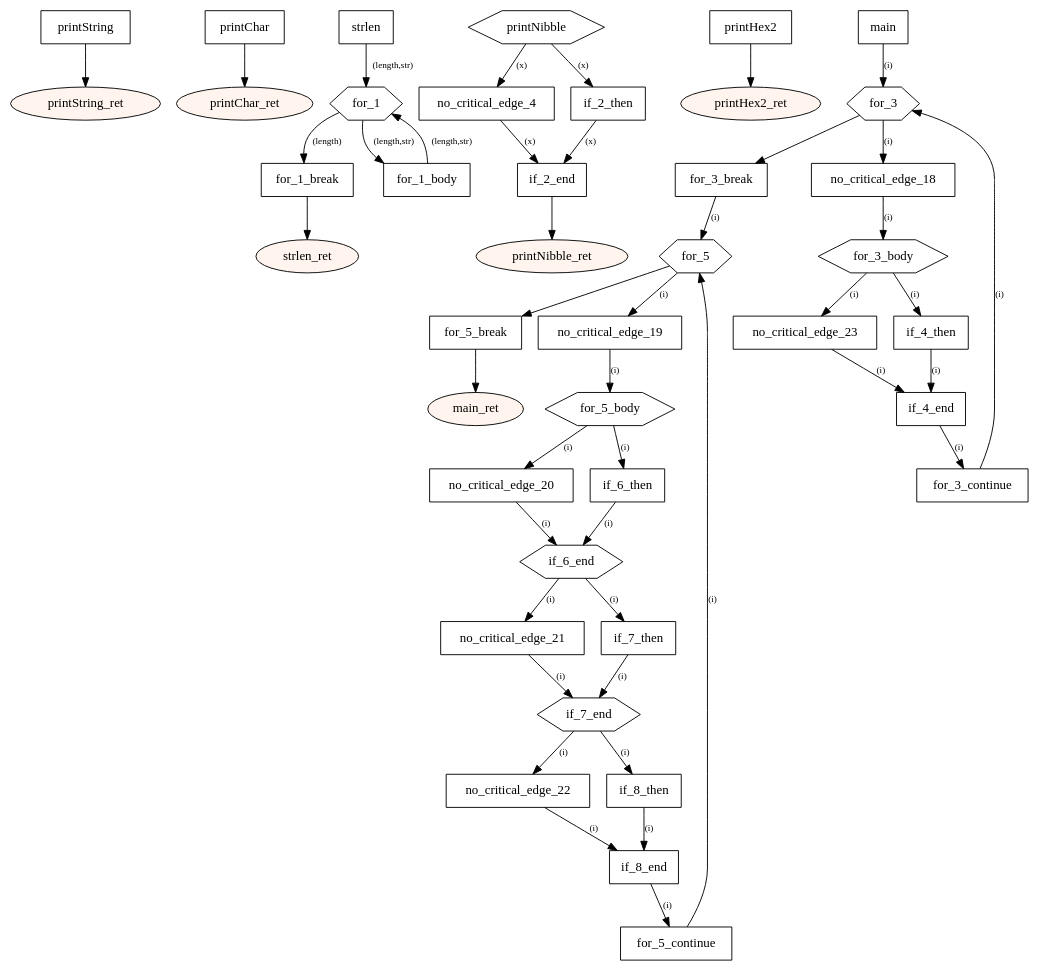
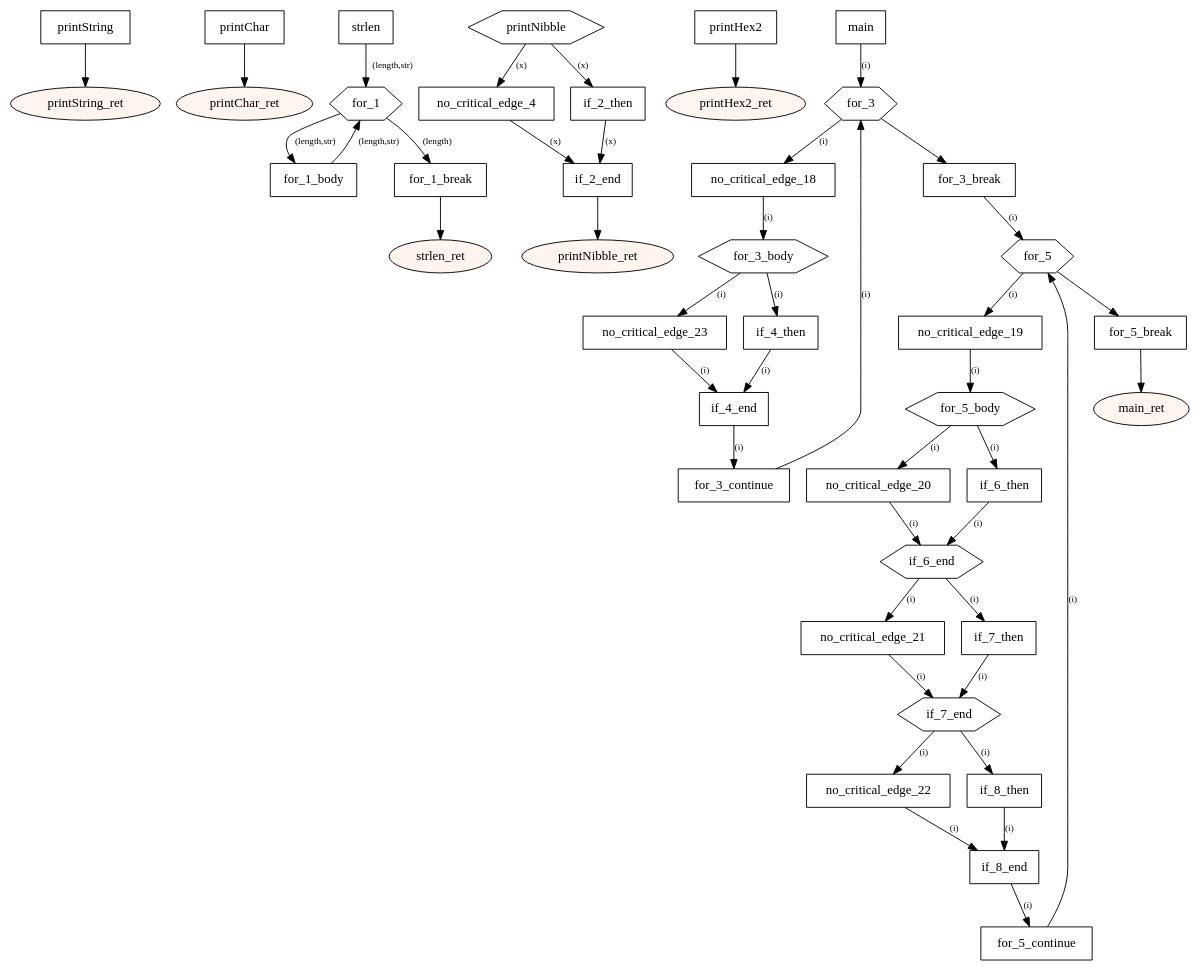
Before and after one commit to tmssngr/tinyC: the diagram in src/main/resources-test/14 print-ascii-listing.dot, drawn with Graphviz. The commit also changed other lines of this file and 63 other files, not shown here.

```diff
--- a/src/main/resources-test/14 print-ascii-listing.dot
+++ b/src/main/resources-test/14 print-ascii-listing.dot
@@ -1,97 +1,97 @@
 digraph program {
 	edge[fontsize="10pt"];
 	subgraph fn_printString {
 		BasicBlock_0_printString [label="printString",shape=box];
 		BasicBlock_0_printString -> BasicBlock_0_printString_ret;
 		BasicBlock_0_printString_ret [label="printString_ret",shape=oval,style=filled,fillcolor="#fff5ee"];
 	}
 	subgraph fn_printChar {
 		BasicBlock_1_printChar [label="printChar",shape=box];
 		BasicBlock_1_printChar -> BasicBlock_1_printChar_ret;
 		BasicBlock_1_printChar_ret [label="printChar_ret",shape=oval,style=filled,fillcolor="#fff5ee"];
 	}
 	subgraph fn_strlen {
 		BasicBlock_2_strlen [label="strlen",shape=box];
 		BasicBlock_2_strlen -> BasicBlock_2_for_1 [label="(length,str)"];
+		BasicBlock_2_for_1_body [label="for_1_body",shape=box];
+		BasicBlock_2_for_1_body -> BasicBlock_2_for_1 [label="(length,str)"];
 		BasicBlock_2_for_1 [label="for_1",shape=hexagon];
 		BasicBlock_2_for_1 -> BasicBlock_2_for_1_break [label="(length)"];
 		BasicBlock_2_for_1 -> BasicBlock_2_for_1_body [label="(length,str)"];
-		BasicBlock_2_for_1_body [label="for_1_body",shape=box];
-		BasicBlock_2_for_1_body -> BasicBlock_2_for_1 [label="(length,str)"];
 		BasicBlock_2_for_1_break [label="for_1_break",shape=box];
 		BasicBlock_2_for_1_break -> BasicBlock_2_strlen_ret;
 		BasicBlock_2_strlen_ret [label="strlen_ret",shape=oval,style=filled,fillcolor="#fff5ee"];
 	}
 	subgraph fn_printNibble {
 		BasicBlock_3_printNibble [label="printNibble",shape=hexagon];
 		BasicBlock_3_printNibble -> BasicBlock_3_no_critical_edge_4 [label="(x)"];
 		BasicBlock_3_printNibble -> BasicBlock_3_if_2_then [label="(x)"];
 		BasicBlock_3_no_critical_edge_4 [label="no_critical_edge_4",shape=box];
 		BasicBlock_3_no_critical_edge_4 -> BasicBlock_3_if_2_end [label="(x)"];
 		BasicBlock_3_if_2_then [label="if_2_then",shape=box];
 		BasicBlock_3_if_2_then -> BasicBlock_3_if_2_end [label="(x)"];
 		BasicBlock_3_if_2_end [label="if_2_end",shape=box];
 		BasicBlock_3_if_2_end -> BasicBlock_3_printNibble_ret;
 		BasicBlock_3_printNibble_ret [label="printNibble_ret",shape=oval,style=filled,fillcolor="#fff5ee"];
 	}
 	subgraph fn_printHex2 {
 		BasicBlock_4_printHex2 [label="printHex2",shape=box];
 		BasicBlock_4_printHex2 -> BasicBlock_4_printHex2_ret;
 		BasicBlock_4_printHex2_ret [label="printHex2_ret",shape=oval,style=filled,fillcolor="#fff5ee"];
 	}
 	subgraph fn_main {
 		BasicBlock_5_main [label="main",shape=box];
 		BasicBlock_5_main -> BasicBlock_5_for_3 [label="(i)"];
-		BasicBlock_5_for_3 [label="for_3",shape=hexagon];
-		BasicBlock_5_for_3 -> BasicBlock_5_for_3_break;
-		BasicBlock_5_for_3 -> BasicBlock_5_no_critical_edge_18 [label="(i)"];
 		BasicBlock_5_no_critical_edge_18 [label="no_critical_edge_18",shape=box];
 		BasicBlock_5_no_critical_edge_18 -> BasicBlock_5_for_3_body [label="(i)"];
 		BasicBlock_5_for_3_body [label="for_3_body",shape=hexagon];
 		BasicBlock_5_for_3_body -> BasicBlock_5_no_critical_edge_23 [label="(i)"];
 		BasicBlock_5_for_3_body -> BasicBlock_5_if_4_then [label="(i)"];
 		BasicBlock_5_no_critical_edge_23 [label="no_critical_edge_23",shape=box];
 		BasicBlock_5_no_critical_edge_23 -> BasicBlock_5_if_4_end [label="(i)"];
 		BasicBlock_5_if_4_then [label="if_4_then",shape=box];
 		BasicBlock_5_if_4_then -> BasicBlock_5_if_4_end [label="(i)"];
 		BasicBlock_5_if_4_end [label="if_4_end",shape=box];
 		BasicBlock_5_if_4_end -> BasicBlock_5_for_3_continue [label="(i)"];
 		BasicBlock_5_for_3_continue [label="for_3_continue",shape=box];
 		BasicBlock_5_for_3_continue -> BasicBlock_5_for_3 [label="(i)"];
+		BasicBlock_5_for_3 [label="for_3",shape=hexagon];
+		BasicBlock_5_for_3 -> BasicBlock_5_for_3_break;
+		BasicBlock_5_for_3 -> BasicBlock_5_no_critical_edge_18 [label="(i)"];
 		BasicBlock_5_for_3_break [label="for_3_break",shape=box];
 		BasicBlock_5_for_3_break -> BasicBlock_5_for_5 [label="(i)"];
-		BasicBlock_5_for_5 [label="for_5",shape=hexagon];
-		BasicBlock_5_for_5 -> BasicBlock_5_for_5_break;
-		BasicBlock_5_for_5 -> BasicBlock_5_no_critical_edge_19 [label="(i)"];
 		BasicBlock_5_no_critical_edge_19 [label="no_critical_edge_19",shape=box];
 		BasicBlock_5_no_critical_edge_19 -> BasicBlock_5_for_5_body [label="(i)"];
 		BasicBlock_5_for_5_body [label="for_5_body",shape=hexagon];
 		BasicBlock_5_for_5_body -> BasicBlock_5_no_critical_edge_20 [label="(i)"];
 		BasicBlock_5_for_5_body -> BasicBlock_5_if_6_then [label="(i)"];
 		BasicBlock_5_no_critical_edge_20 [label="no_critical_edge_20",shape=box];
 		BasicBlock_5_no_critical_edge_20 -> BasicBlock_5_if_6_end [label="(i)"];
 		BasicBlock_5_if_6_then [label="if_6_then",shape=box];
 		BasicBlock_5_if_6_then -> BasicBlock_5_if_6_end [label="(i)"];
 		BasicBlock_5_if_6_end [label="if_6_end",shape=hexagon];
 		BasicBlock_5_if_6_end -> BasicBlock_5_no_critical_edge_21 [label="(i)"];
 		BasicBlock_5_if_6_end -> BasicBlock_5_if_7_then [label="(i)"];
 		BasicBlock_5_no_critical_edge_21 [label="no_critical_edge_21",shape=box];
 		BasicBlock_5_no_critical_edge_21 -> BasicBlock_5_if_7_end [label="(i)"];
 		BasicBlock_5_if_7_then [label="if_7_then",shape=box];
 		BasicBlock_5_if_7_then -> BasicBlock_5_if_7_end [label="(i)"];
 		BasicBlock_5_if_7_end [label="if_7_end",shape=hexagon];
 		BasicBlock_5_if_7_end -> BasicBlock_5_no_critical_edge_22 [label="(i)"];
 		BasicBlock_5_if_7_end -> BasicBlock_5_if_8_then [label="(i)"];
 		BasicBlock_5_no_critical_edge_22 [label="no_critical_edge_22",shape=box];
 		BasicBlock_5_no_critical_edge_22 -> BasicBlock_5_if_8_end [label="(i)"];
 		BasicBlock_5_if_8_then [label="if_8_then",shape=box];
 		BasicBlock_5_if_8_then -> BasicBlock_5_if_8_end [label="(i)"];
 		BasicBlock_5_if_8_end [label="if_8_end",shape=box];
 		BasicBlock_5_if_8_end -> BasicBlock_5_for_5_continue [label="(i)"];
 		BasicBlock_5_for_5_continue [label="for_5_continue",shape=box];
 		BasicBlock_5_for_5_continue -> BasicBlock_5_for_5 [label="(i)"];
+		BasicBlock_5_for_5 [label="for_5",shape=hexagon];
+		BasicBlock_5_for_5 -> BasicBlock_5_for_5_break;
+		BasicBlock_5_for_5 -> BasicBlock_5_no_critical_edge_19 [label="(i)"];
 		BasicBlock_5_for_5_break [label="for_5_break",shape=box];
 		BasicBlock_5_for_5_break -> BasicBlock_5_main_ret;
 		BasicBlock_5_main_ret [label="main_ret",shape=oval,style=filled,fillcolor="#fff5ee"];
 	}
 }
```
